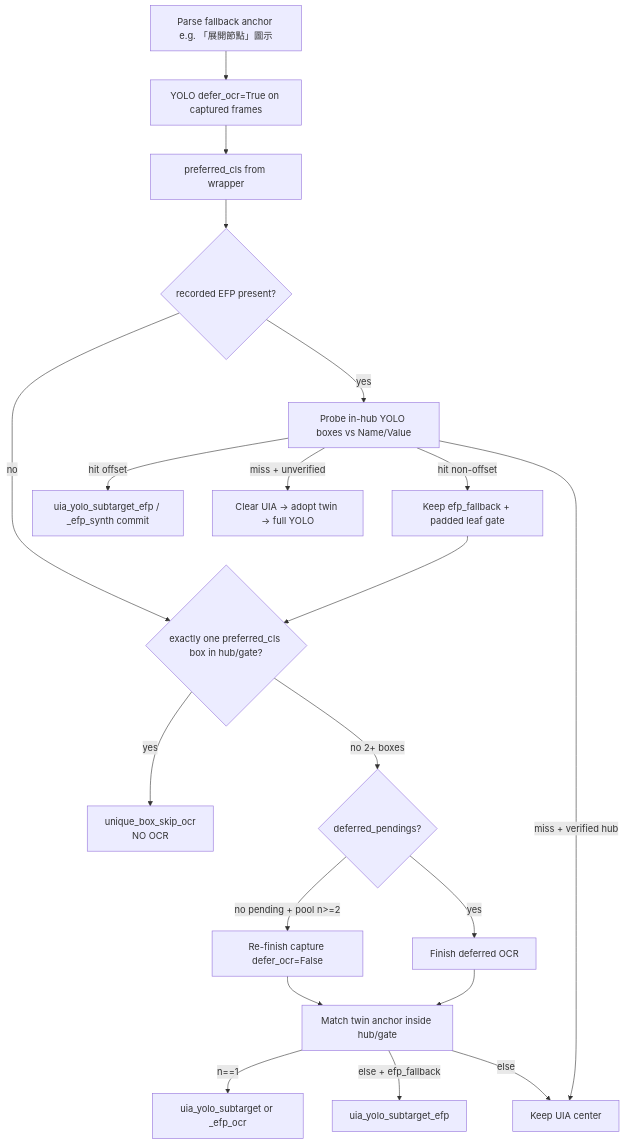
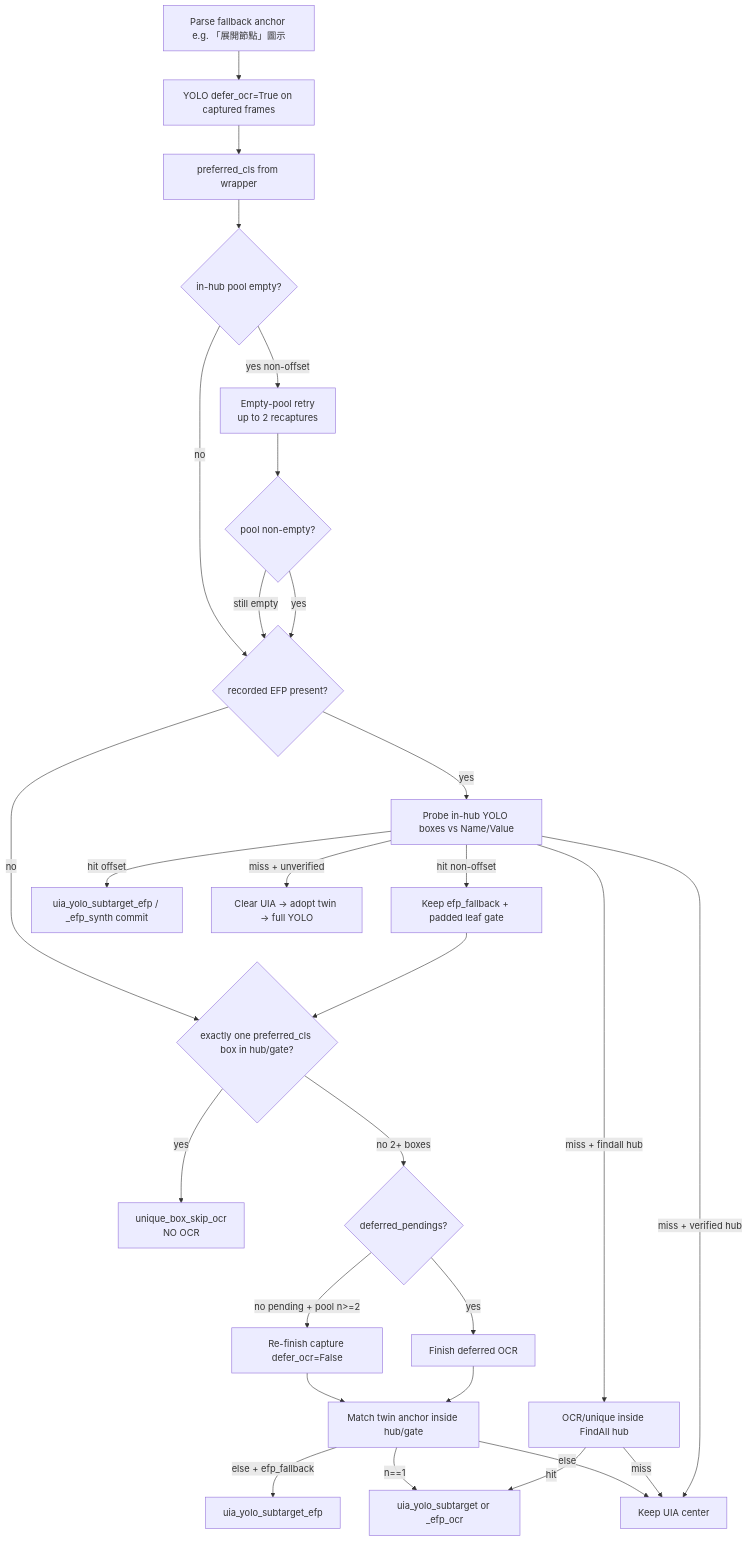
One commit to josephorng/QualityAssuranceAgent changed the fifth of 7 diagrams in docs/replay-flow.md. Above: the diagram before and after it, drawn with Mermaid. The commit also changed other lines of this file and 3 other files, not shown here.

First line of the commit message:
Keep FindAll hubs on subtarget EFP soft-miss and retry empty in-hub YOLO for paint lag.

````diff
--- a/docs/replay-flow.md
+++ b/docs/replay-flow.md
@@ -180,22 +180,30 @@
 ```mermaid
 flowchart TD
   A[Parse fallback anchor e.g. 「展開節點」圖示] --> B[YOLO defer_ocr=True on captured frames]
   B --> C[preferred_cls from wrapper]
-  C --> D{recorded EFP present?}
+  C --> P{in-hub pool empty?}
+  P -->|yes non-offset| R[Empty-pool retry<br/>up to 2 recaptures]
+  R --> P2{pool non-empty?}
+  P2 -->|yes| D
+  P2 -->|still empty| D
+  P -->|no| D{recorded EFP present?}
   D -->|yes| E[Probe in-hub YOLO boxes vs Name/Value]
   E -->|hit non-offset| F[Keep efp_fallback + padded leaf gate]
   F --> I
   E -->|hit offset| Os[uia_yolo_subtarget_efp / _efp_synth commit]
   E -->|miss + verified hub| G[Keep UIA center]
+  E -->|miss + findall hub| Fi[OCR/unique inside FindAll hub]
+  Fi -->|hit| M
+  Fi -->|miss| G
   E -->|miss + unverified| H[Clear UIA → adopt twin → full YOLO]
   D -->|no| I{exactly one preferred_cls box in hub/gate?}
   I -->|yes| J[unique_box_skip_ocr<br/>NO OCR]
   I -->|no 2+ boxes| K{deferred_pendings?}
   K -->|yes| Finish[Finish deferred OCR]
   K -->|no pending + pool n>=2| Force[Re-finish capture defer_ocr=False]
   Finish --> L[Match twin anchor inside hub/gate]
   Force --> L
   L -->|n==1| M[uia_yolo_subtarget or _efp_ocr]
   L -->|else + efp_fallback| N[uia_yolo_subtarget_efp]
   L -->|else| G
 ```
````
